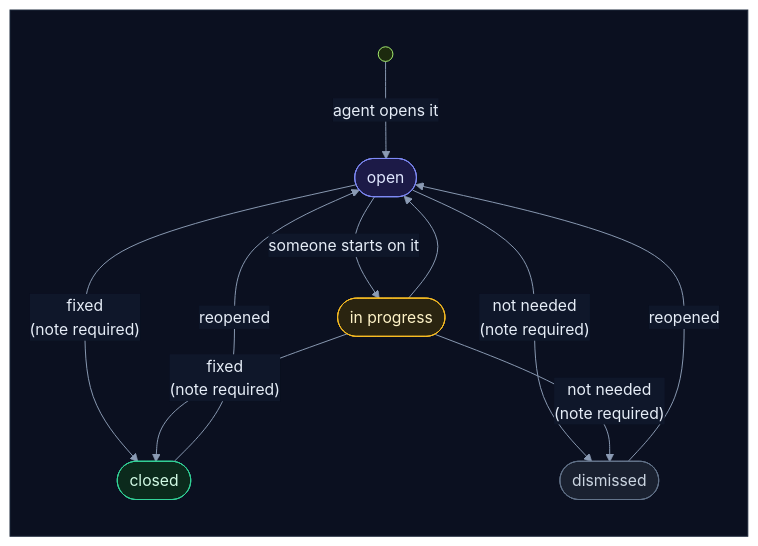
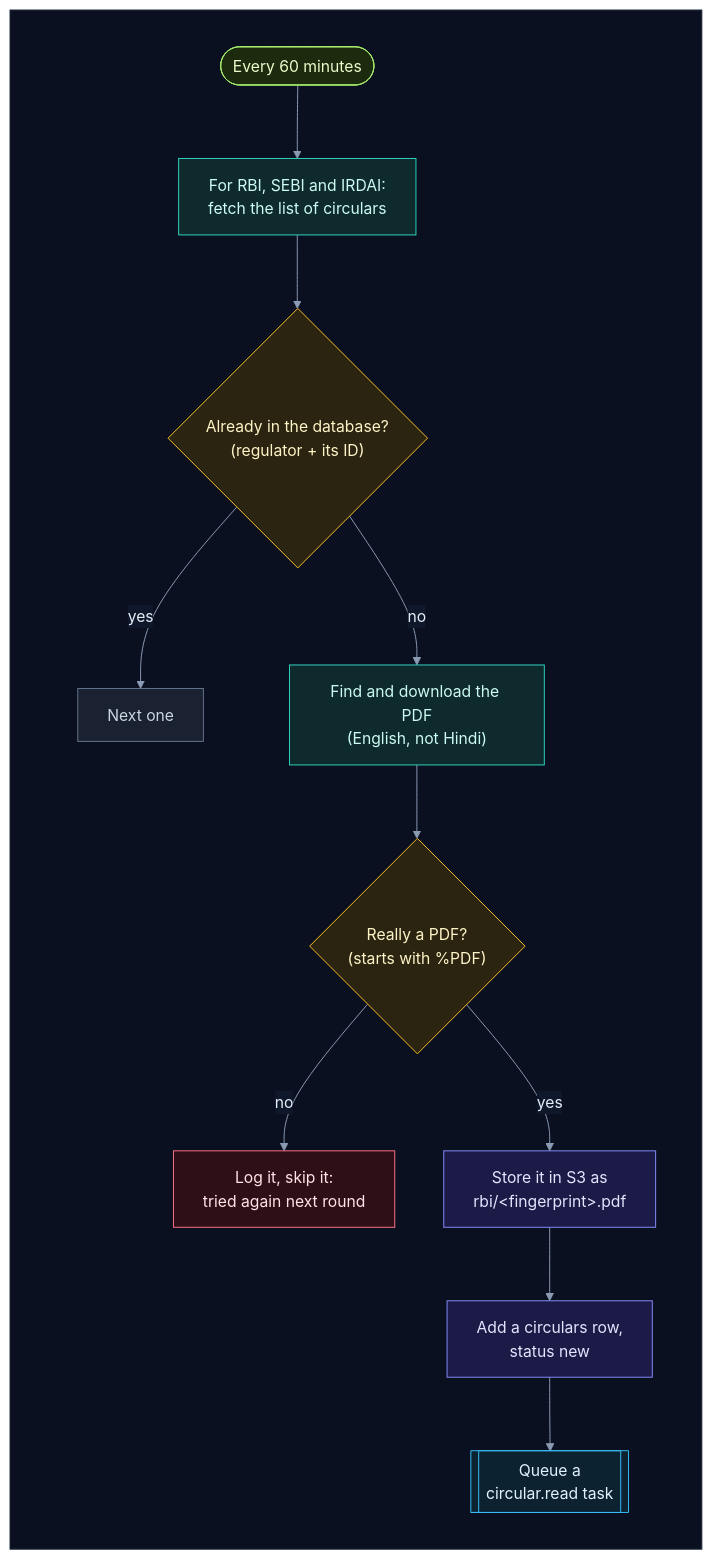
Diagram 18 of 52 in how_it_works.md (selvakumarperumal/Regulatory_Circular_Impact_Agent), drawn with Mermaid before and after one commit. The commit also changed other lines of this file and 3 other files, not shown here.

First line of the commit message:
Rewrite how_it_works.md in plain words, a diagram per step

````diff
--- a/how_it_works.md
+++ b/how_it_works.md
@@ -1134,33 +894,34 @@
 ```mermaid
 %%{init: {"theme": "base", "flowchart": {"diagramPadding": 0}, "themeVariables": {"darkMode": true, "primaryColor": "#16213a", "primaryTextColor": "#e6edf7", "primaryBorderColor": "#475a7a", "lineColor": "#8b9bb4", "secondaryColor": "#1b2436", "tertiaryColor": "#101a2e", "edgeLabelBackground": "#0f172a", "textColor": "#e2e8f0", "clusterBkg": "#0f1728", "clusterBorder": "#2b3a55", "titleColor": "#c4b5fd", "nodeTextColor": "#e6edf7"}}}%%
-flowchart TB
+flowchart TD
     subgraph canvas[" "]
         direction TB
-        s0((" ")) -->|"agent opens it"| g_open(["open"])
-        g_open -->|"someone starts on it"| g_progress(["in progress"])
-        g_progress --> g_open
-        g_open -->|"fixed<br/>(note required)"| g_closed(["closed"])
-        g_progress -->|"fixed<br/>(note required)"| g_closed
-        g_open -->|"not needed<br/>(note required)"| g_dismissed(["dismissed"])
-        g_progress -->|"not needed<br/>(note required)"| g_dismissed
-        g_closed -->|"reopened"| g_open
-        g_dismissed -->|"reopened"| g_open
+        start(["Every 60 minutes"]) --> each["For RBI, SEBI and IRDAI:<br/>fetch the list of circulars"]
+        each --> known{"Already in the database?<br/>(regulator + its ID)"}
+        known -->|"yes"| next["Next one"]
+        known -->|"no"| pdf["Find and download the PDF<br/>(English, not Hindi)"]
+        pdf --> isPdf{"Really a PDF?<br/>(starts with %PDF)"}
+        isPdf -->|"no"| skip["Log it, skip it:<br/>tried again next round"]
+        isPdf -->|"yes"| store["Store it in S3 as<br/>rbi/&lt;fingerprint&gt;.pdf"]
+        store --> row["Add a circulars row,<br/>status new"]
+        row --> task[["Queue a<br/>circular.read task"]]
     end
-
     classDef svc fill:#0e2a2c,stroke:#2dd4bf,color:#ccfbf1
     classDef data fill:#1c1a47,stroke:#818cf8,color:#e0e7ff
     classDef ext fill:#2a1640,stroke:#c084fc,color:#f3e8ff
     classDef gpu fill:#2d1b0c,stroke:#fb923c,color:#ffedd5
     classDef ask fill:#2a2410,stroke:#fbbf24,color:#fef3c7
     classDef ok fill:#0b2a1c,stroke:#34d399,color:#d1fae5
     classDef bad fill:#2e0f17,stroke:#fb7185,color:#ffe4e6
     classDef start fill:#1c2a0e,stroke:#a7ef6f,color:#ecfccb
     classDef muted fill:#1a2130,stroke:#64748b,color:#cbd5e1
-    classDef queued fill:#0c2231,stroke:#38bdf8,color:#e0f2fe
-    class s0 start
-    class g_open data
-    class g_progress ask
-    class g_closed ok
-    class g_dismissed muted
+    classDef queue fill:#0c2231,stroke:#38bdf8,color:#e0f2fe
+    class start start
+    class each,list,pdf svc
+    class known,isPdf ask
+    class next muted
+    class skip bad
+    class store,row data
+    class task queue
     style canvas fill:#0b1020,stroke:#1e293b,color:#0b1020
 ```
````
